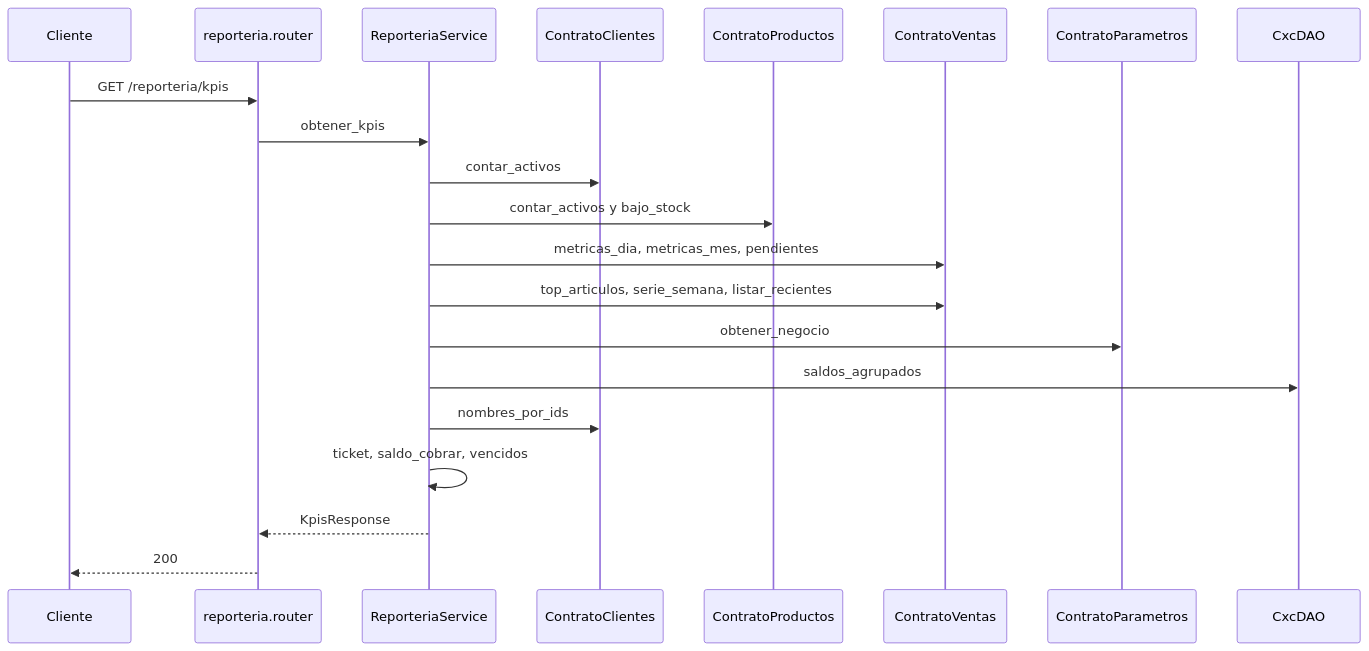
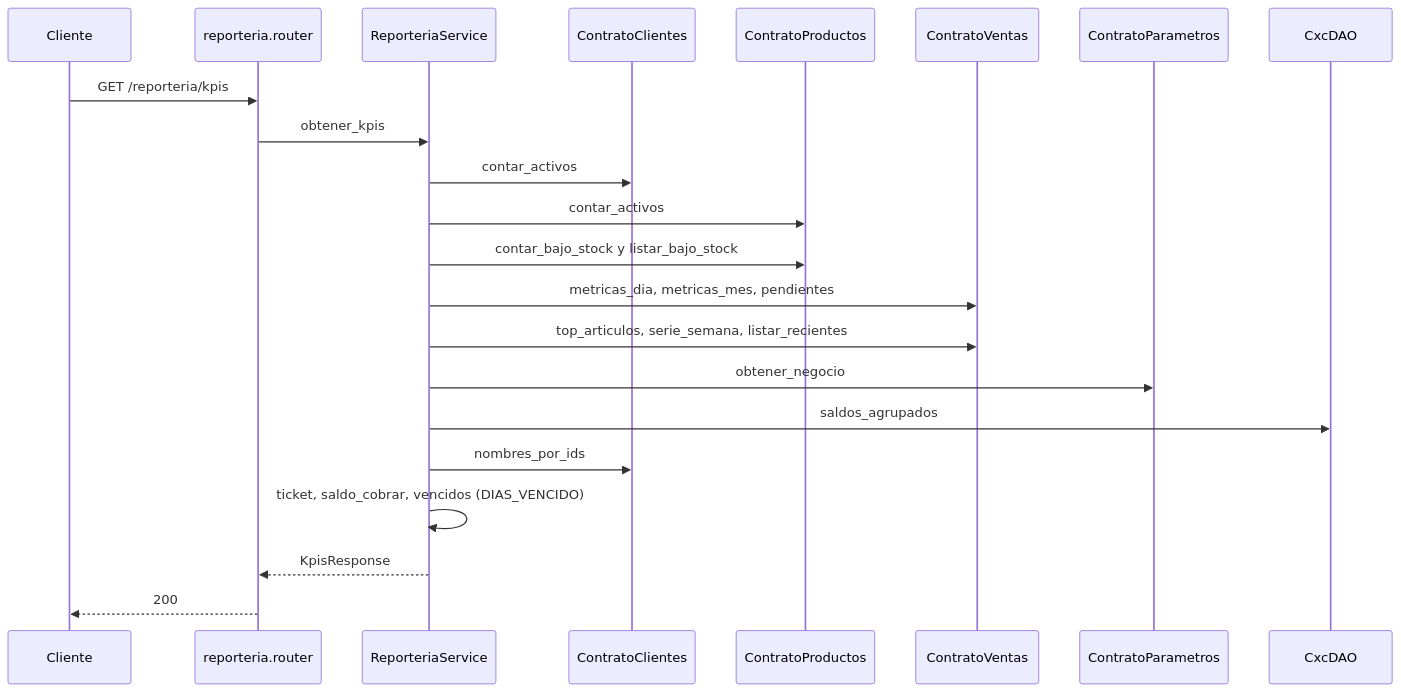
The diagram in docs/diagramas/reporteria.md (estsan3/ventas360-api), drawn with Mermaid before and after one commit. The commit also changed other lines of this file and 21 other files, not shown here.

First line of the commit message:
docs: re-sincronizar diagramas de secuencia por módulo (2026-11-11)

````diff
--- a/docs/diagramas/reporteria.md
+++ b/docs/diagramas/reporteria.md
@@ -8,24 +8,25 @@
 ```mermaid
 sequenceDiagram
     participant Cliente
     participant Router as reporteria.router
     participant Service as ReporteriaService
     participant Clientes as ContratoClientes
     participant Productos as ContratoProductos
     participant Ventas as ContratoVentas
     participant Param as ContratoParametros
     participant Cxc as CxcDAO
 
     Cliente->>Router: GET /reporteria/kpis
     Router->>Service: obtener_kpis
     Service->>Clientes: contar_activos
-    Service->>Productos: contar_activos y bajo_stock
+    Service->>Productos: contar_activos
+    Service->>Productos: contar_bajo_stock y listar_bajo_stock
     Service->>Ventas: metricas_dia, metricas_mes, pendientes
     Service->>Ventas: top_articulos, serie_semana, listar_recientes
     Service->>Param: obtener_negocio
     Service->>Cxc: saldos_agrupados
     Service->>Clientes: nombres_por_ids
-    Service->>Service: ticket, saldo_cobrar, vencidos
+    Service->>Service: ticket, saldo_cobrar, vencidos (DIAS_VENCIDO)
     Service-->>Router: KpisResponse
     Router-->>Cliente: 200
 ```
````
